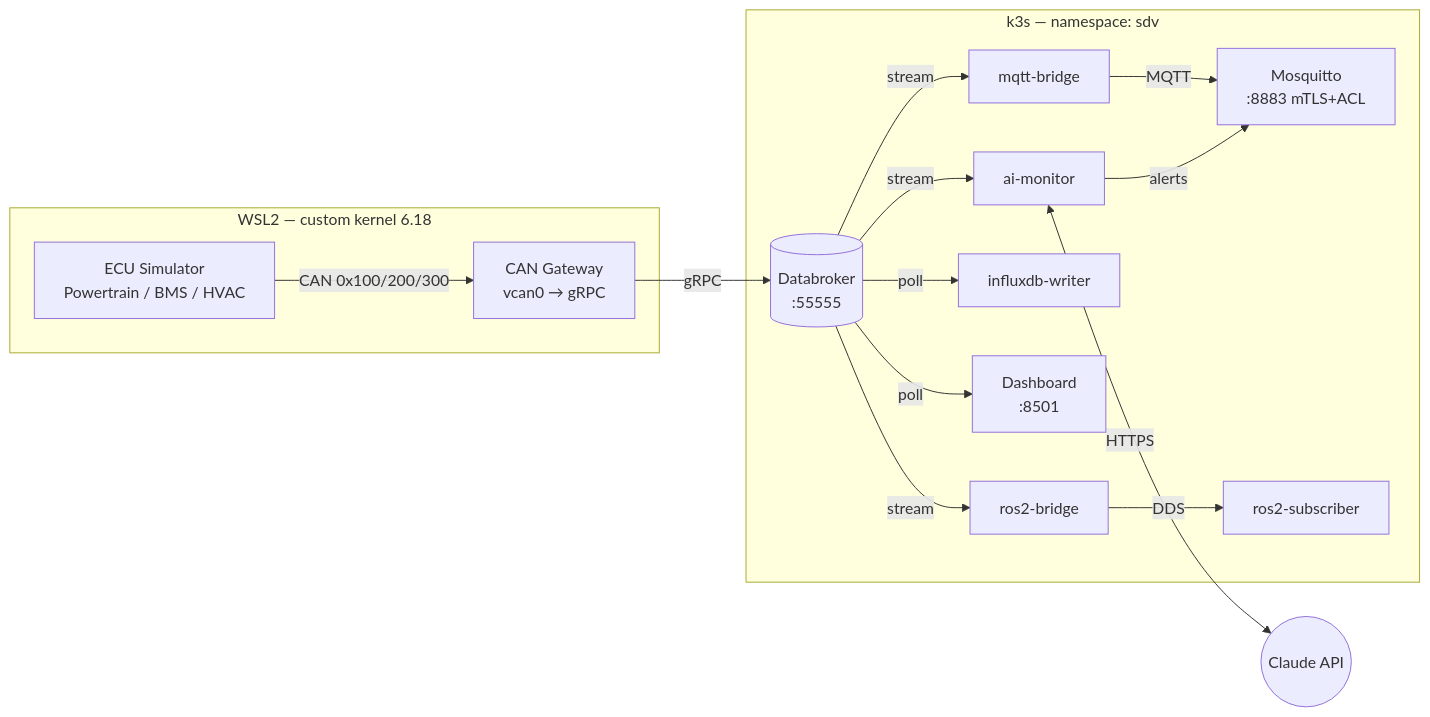
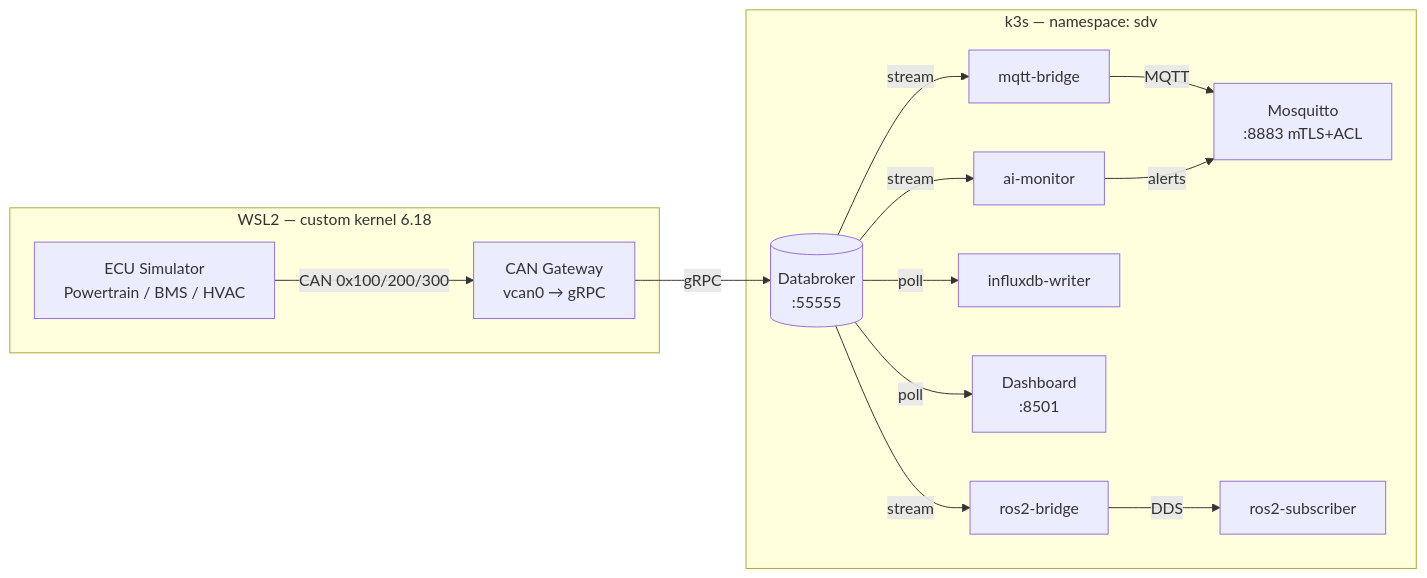
Before and after one commit to TakumiSomeya-Eng/mini-sdv-platform-project: the first of 2 diagrams in README.md, drawn with Mermaid.

Commit message:
docs: remove Claude API node from architecture diagram

````diff
--- a/README.md
+++ b/README.md
@@ -35,32 +35,29 @@
 ```mermaid
 flowchart LR
     subgraph wsl["WSL2 — custom kernel 6.18"]
         ECU["ECU Simulator\nPowertrain / BMS / HVAC"]
         GW["CAN Gateway\nvcan0 → gRPC"]
         ECU -->|"CAN 0x100/200/300"| GW
     end
 
     subgraph k8s["k3s — namespace: sdv"]
         DB[("Databroker\n:55555")]
         MB["mqtt-bridge"]
         AI["ai-monitor"]
         IW["influxdb-writer"]
         DASH["Dashboard\n:8501"]
         MQ["Mosquitto\n:8883 mTLS+ACL"]
         RB["ros2-bridge"]
         RS["ros2-subscriber"]
     end
 
-    CL(("Claude API"))
-
     GW -->|gRPC| DB
     DB -->|stream| MB
     DB -->|stream| AI
     DB -->|stream| RB
     DB -->|poll| IW
     DB -->|poll| DASH
     MB -->|MQTT| MQ
     AI -->|alerts| MQ
     RB -->|DDS| RS
-    AI <-->|HTTPS| CL
 ```
````
